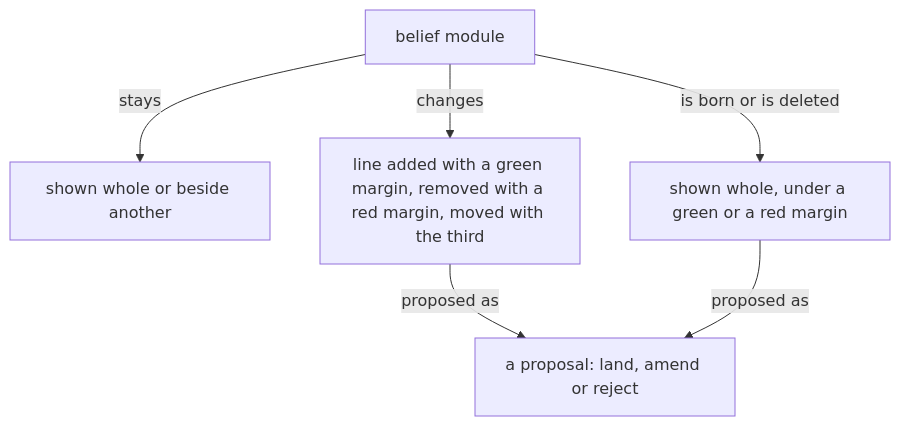
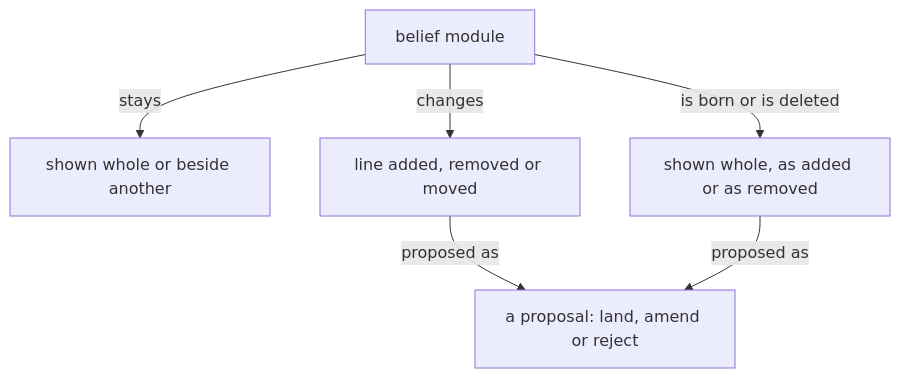
One commit to LiGoldragon/psyche-belief changed the fourth of 4 diagrams in vision/proposal/0.md. Above: the diagram before and after it, drawn with Mermaid. The commit also changed other lines of this file and 2 other files, not shown here.

First line of the commit message:
Land proposal-shown-in-code: a proposal is charts and small pieces of code

````diff
--- a/vision/proposal/0.md
+++ b/vision/proposal/0.md
@@ -83,8 +95,8 @@
 ```mermaid
 flowchart TB
     a["belief module"] -- "stays" --> b["shown whole or beside another"]
-    a -- "changes" --> c["line added with a green margin, removed with a red margin, moved with the third"]
-    a -- "is born or is deleted" --> d["shown whole, under a green or a red margin"]
+    a -- "changes" --> c["line added, removed or moved"]
+    a -- "is born or is deleted" --> d["shown whole, as added or as removed"]
     c -- "proposed as" --> e["a proposal: land, amend or reject"]
     d -- "proposed as" --> e
 ```
````
